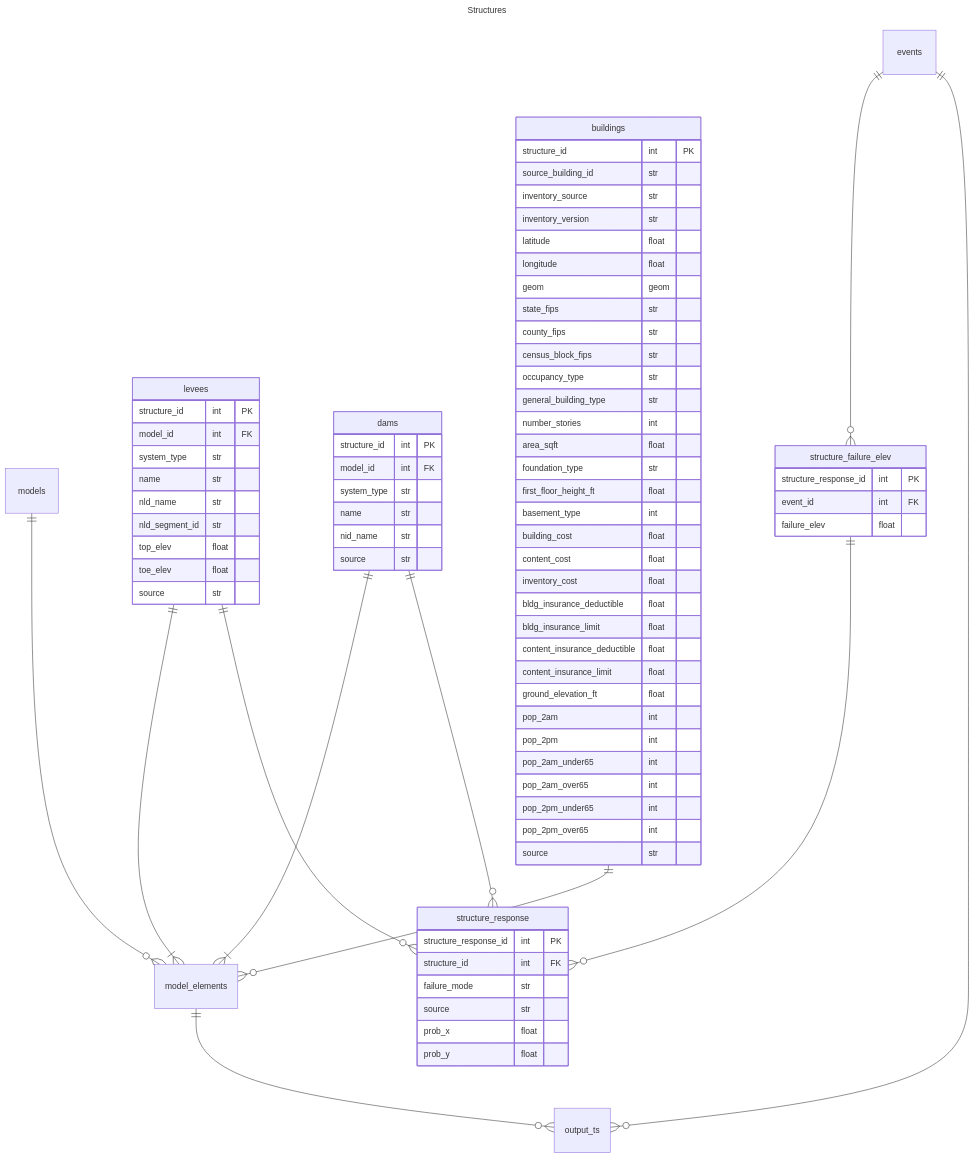
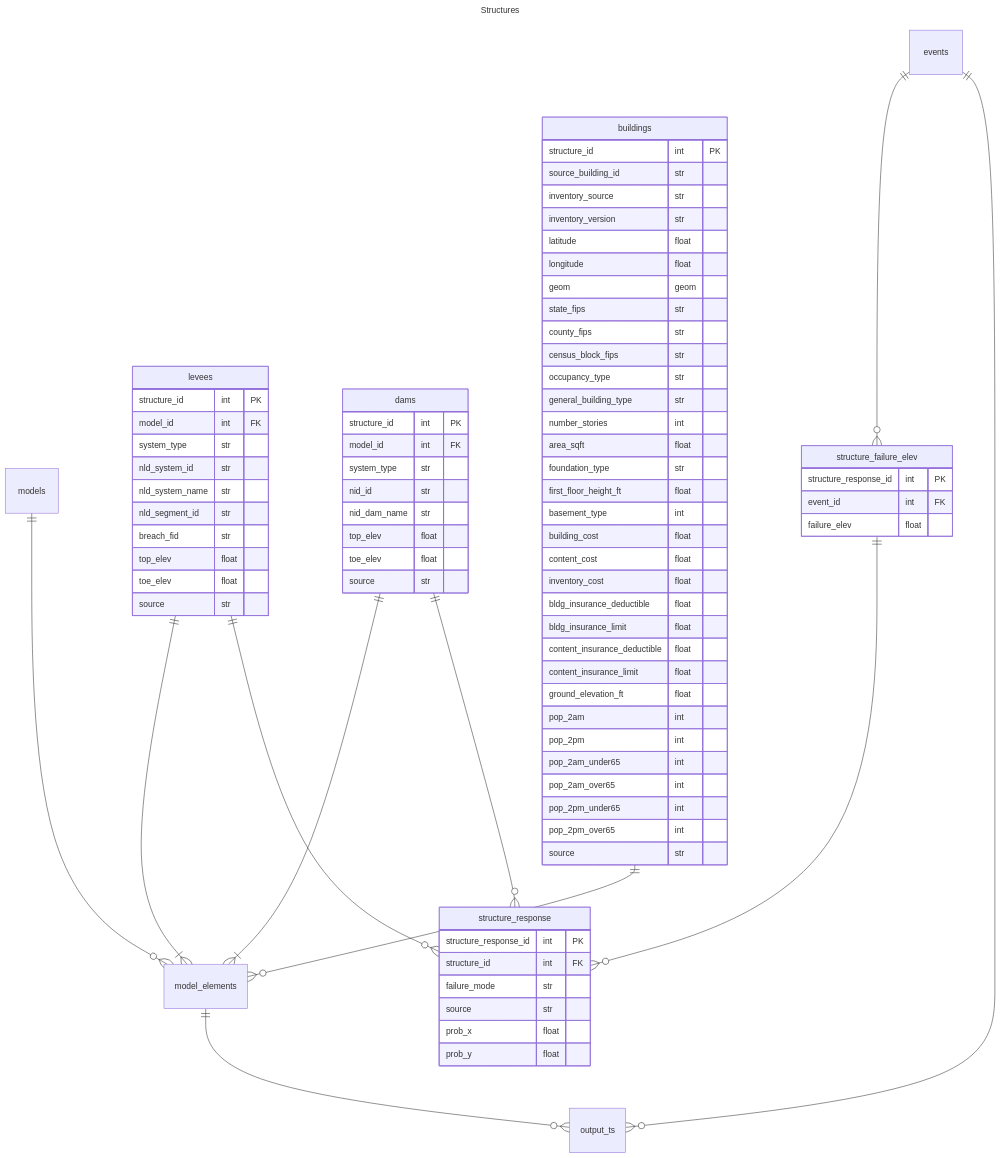
Before and after one commit to fema-ffrd/ffrd-data-model: the diagram in rdb/structures.mmd, drawn with Mermaid. The commit also changed 11 other files, not shown here.

```diff
--- a/rdb/structures.mmd
+++ b/rdb/structures.mmd
@@ -1,91 +1,94 @@
 ---
 title: Structures
 ---
 
 erDiagram
 
     models ||--o{ model_elements : ""
     events ||--o{ output_ts : ""
     levees ||--o{ structure_response :""
     levees ||--|{ model_elements : ""
     dams ||--o{ structure_response : ""
     dams ||--|{ model_elements : ""
     buildings ||--o{ model_elements : ""
     model_elements ||--o{ output_ts : ""
     events ||--o{ structure_failure_elev : ""
     structure_failure_elev ||--o{ structure_response : ""
 
     events {
     }
     models{
     }
     model_elements {
     }
 
     levees {
         structure_id int PK
         model_id int FK
         system_type str
-        name str
-        nld_name str
+        nld_system_id str
+        nld_system_name str
         nld_segment_id str
+        breach_fid str
         top_elev float
         toe_elev float
         source str
     }
     dams {
         structure_id int PK
         model_id int FK
         system_type str
-        name str
-        nid_name str
+        nid_id str
+        nid_dam_name str
+        top_elev float
+        toe_elev float
         source str
     }
     structure_response {
         structure_response_id int PK
         structure_id int FK
         failure_mode str
         source str
         prob_x float
         prob_y float
     }
     structure_failure_elev {
         structure_response_id int PK
         event_id int FK
         failure_elev float
     }
 
     buildings {
         structure_id int PK
         source_building_id str
         inventory_source str
         inventory_version str
         latitude float
         longitude float
         geom geom
         state_fips str
         county_fips str
         census_block_fips str
         occupancy_type str
         general_building_type str
         number_stories int
         area_sqft float
         foundation_type str
         first_floor_height_ft float
         basement_type int
         building_cost float
         content_cost float
         inventory_cost float
         bldg_insurance_deductible float
         bldg_insurance_limit float
         content_insurance_deductible float
         content_insurance_limit float
         ground_elevation_ft float
         pop_2am int
         pop_2pm int
         pop_2am_under65 int
         pop_2am_over65 int
         pop_2pm_under65 int
         pop_2pm_over65 int
         source str
     }
```
